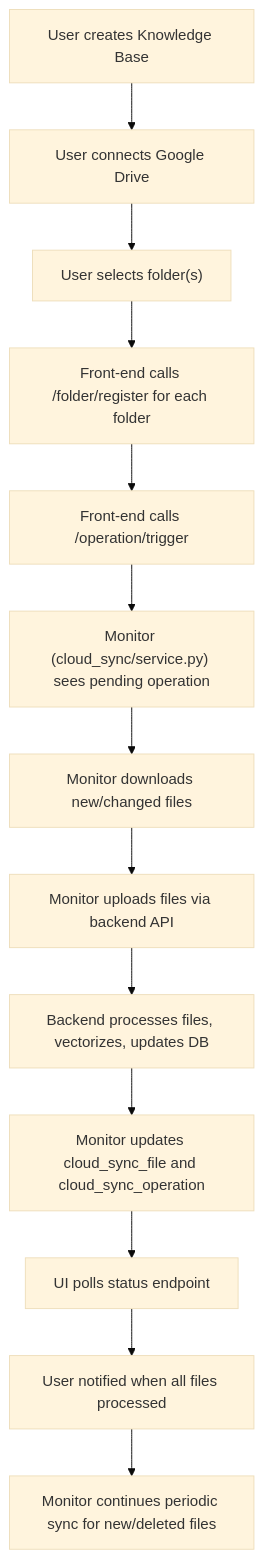
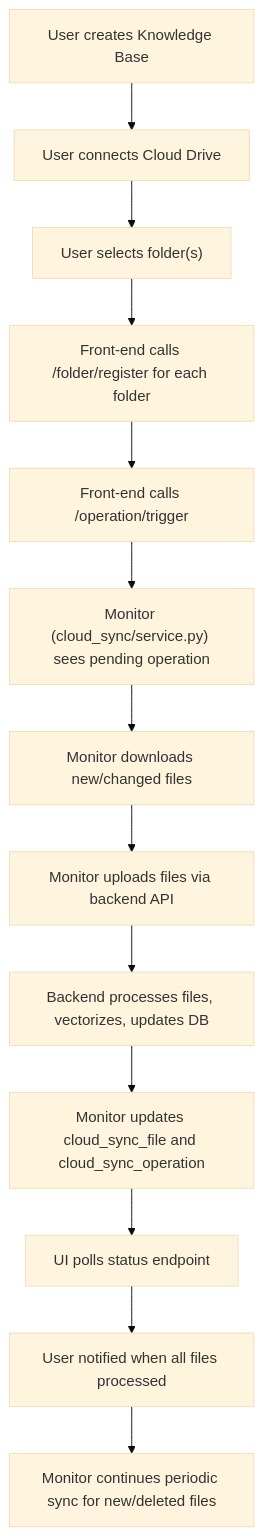
The first of 2 diagrams in cloud_sync.md (PVBLIC-F/open-webui-main), drawn with Mermaid (base theme) before and after one commit.

````diff
--- a/cloud_sync.md
+++ b/cloud_sync.md
@@ -17,15 +17,15 @@
 ```mermaid
 flowchart TD;
-    A["User creates Knowledge Base"] --> B["User connects Google Drive"]
+    A["User creates Knowledge Base"] --> B["User connects Cloud Drive"]
     B --> C["User selects folder(s)"]
     C --> D["Front-end calls /folder/register for each folder"]
     D --> E["Front-end calls /operation/trigger"]
     E --> F["Monitor (cloud_sync/service.py) sees pending operation"]
     F --> G["Monitor downloads new/changed files"]
     G --> H["Monitor uploads files via backend API"]
     H --> I["Backend processes files, vectorizes, updates DB"]
     I --> J["Monitor updates cloud_sync_file and cloud_sync_operation"]
     J --> K["UI polls status endpoint"]
     K --> L["User notified when all files processed"]
     L --> M["Monitor continues periodic sync for new/deleted files"]
 ```
````
